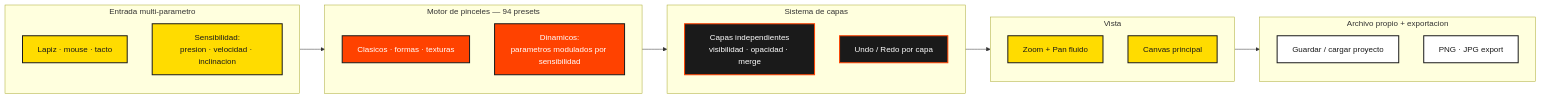
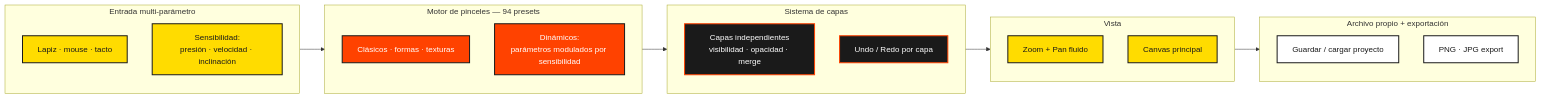
One commit to freeanimationpower/Free-Illustration-Power changed the diagram in README.md. Above: the diagram before and after it, drawn with Mermaid. The commit also changed other lines of this file, not shown here.

````diff
--- a/README.md
+++ b/README.md
@@ -65,38 +65,38 @@
 ```mermaid
 flowchart LR
     classDef ui fill:#ffdc00,stroke:#1a1a1a,color:#1a1a1a,stroke-width:2px;
     classDef engine fill:#ff4200,stroke:#1a1a1a,color:#ffffff,stroke-width:2px;
     classDef data fill:#1a1a1a,stroke:#ff4200,color:#ffffff,stroke-width:2px;
     classDef ext fill:#ffffff,stroke:#1a1a1a,color:#1a1a1a,stroke-width:2px;
-        subgraph INPUT["Entrada multi-parametro"]
+        subgraph INPUT["Entrada multi-parámetro"]
             direction TB
             PEN["Lapiz · mouse · tacto"]
-            SEN["Sensibilidad:<br/>presion · velocidad · inclinacion"]
+            SEN["Sensibilidad:<br/>presión · velocidad · inclinación"]
         end
         subgraph BRUSH["Motor de pinceles — 94 presets"]
             direction TB
-            B1["Clasicos · formas · texturas"]
-            B2["Dinamicos:<br/>parametros modulados por sensibilidad"]
+            B1["Clásicos · formas · texturas"]
+            B2["Dinámicos:<br/>parámetros modulados por sensibilidad"]
         end
         subgraph LAYERS["Sistema de capas"]
             direction TB
             L1["Capas independientes<br/>visibilidad · opacidad · merge"]
             L2["Undo / Redo por capa"]
         end
         subgraph VIEW["Vista"]
             direction TB
             ZP["Zoom + Pan fluido"]
             DSP["Canvas principal"]
         end
-        subgraph FILE["Archivo propio + exportacion"]
+        subgraph FILE["Archivo propio + exportación"]
             direction TB
             F1["Guardar / cargar proyecto"]
             F2["PNG · JPG export"]
         end
         INPUT --> BRUSH --> LAYERS --> VIEW --> FILE
         class PEN,SEN ui
         class B1,B2 engine
         class L1,L2 data
         class ZP,DSP ui
         class F1,F2 ext
 ```
````
